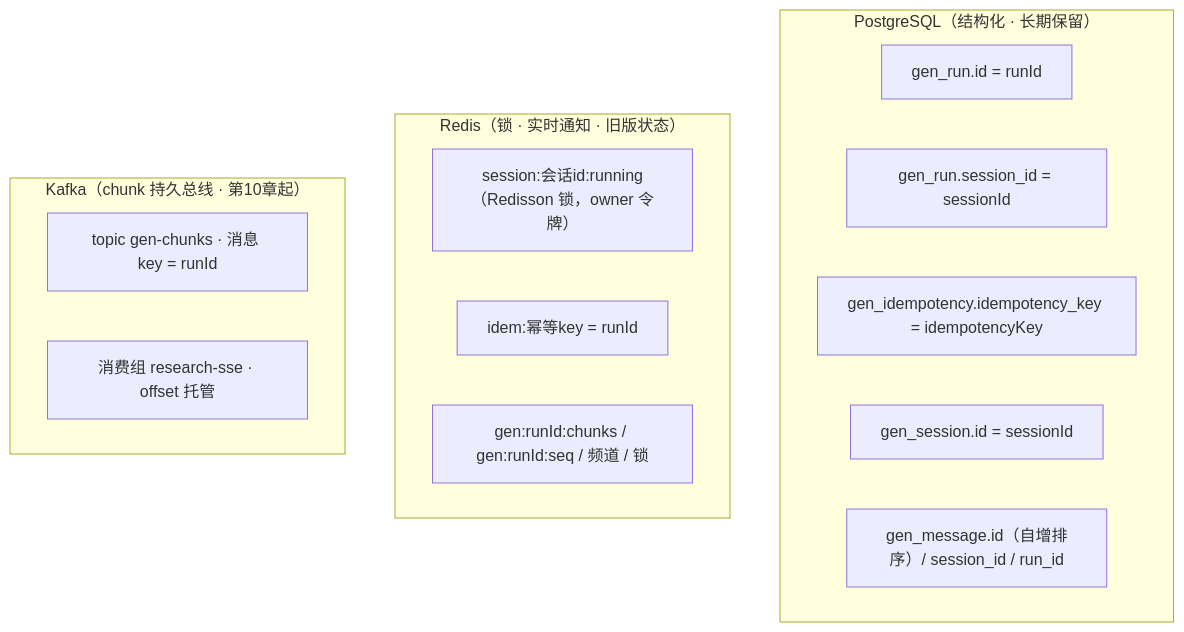
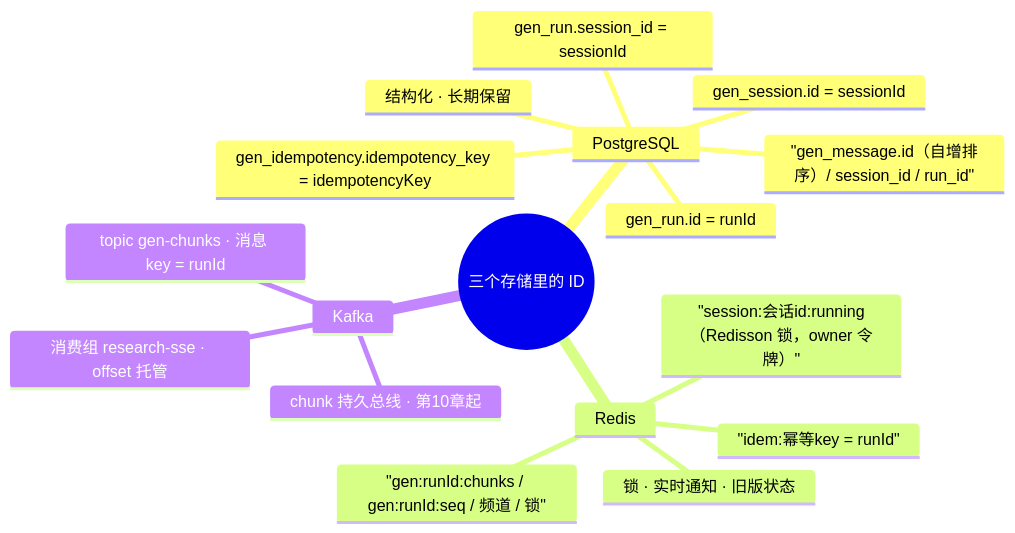
One commit to UranusGit/java-agent-learn changed diagram 15 of 22 in docs/附录/管数分离专题/01-管数分离ID体系全解析.md. Above: the diagram before and after it, drawn with Mermaid. The commit also changed 11 other files, not shown here.

First line of the commit message:
docs全库mermaid图选型复核：纯分类图由flowchart改为mindmap

````diff
--- a/docs/附录/管数分离专题/01-管数分离ID体系全解析.md
+++ b/docs/附录/管数分离专题/01-管数分离ID体系全解析.md
@@ -523,19 +523,20 @@
 ```mermaid
-flowchart TB
-    subgraph PG["PostgreSQL（结构化 · 长期保留）"]
-        P1["gen_run.id = runId"]
-        P2["gen_run.session_id = sessionId"]
-        P3["gen_idempotency.idempotency_key = idempotencyKey"]
-        P4["gen_session.id = sessionId"]
-        P5["gen_message.id（自增排序）/ session_id / run_id"]
-    end
-    subgraph RD["Redis（锁 · 实时通知 · 旧版状态）"]
-        R1["session:会话id:running（Redisson 锁，owner 令牌）"]
-        R2["idem:幂等key = runId"]
-        R3["gen:runId:chunks / gen:runId:seq / 频道 / 锁"]
-    end
-    subgraph KF["Kafka（chunk 持久总线 · 第10章起）"]
-        K1["topic gen-chunks · 消息 key = runId"]
-        K2["消费组 research-sse · offset 托管"]
-    end
+mindmap
+  root((三个存储里的 ID))
+    PostgreSQL
+      结构化 · 长期保留
+      gen_run.id = runId
+      gen_run.session_id = sessionId
+      gen_idempotency.idempotency_key = idempotencyKey
+      gen_session.id = sessionId
+      "gen_message.id（自增排序）/ session_id / run_id"
+    Redis
+      锁 · 实时通知 · 旧版状态
+      "session:会话id:running（Redisson 锁，owner 令牌）"
+      "idem:幂等key = runId"
+      "gen:runId:chunks / gen:runId:seq / 频道 / 锁"
+    Kafka
+      chunk 持久总线 · 第10章起
+      topic gen-chunks · 消息 key = runId
+      消费组 research-sse · offset 托管
 ```
````
